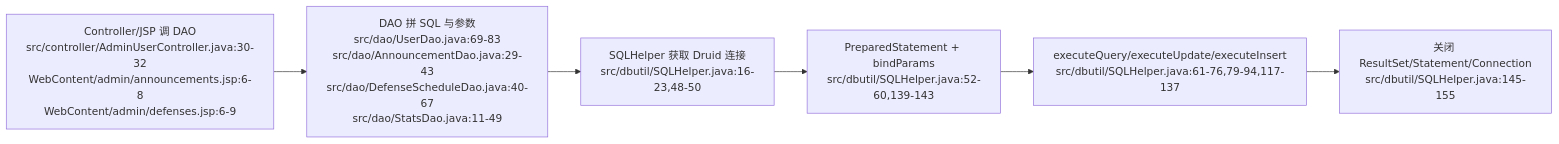
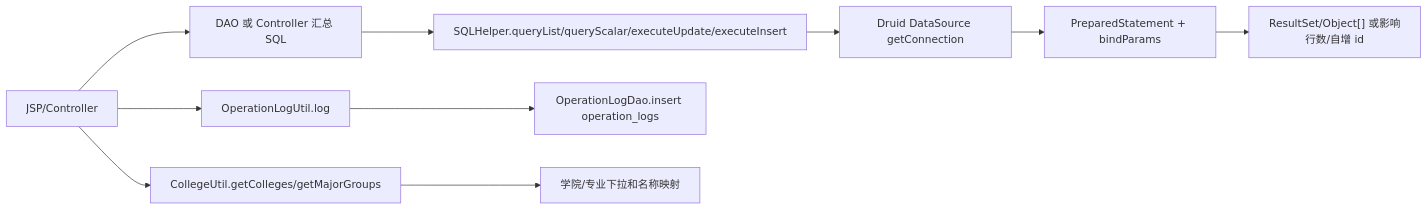
One commit to guangxiangdebizi/graduation-design-management-system changed the tenth of 10 diagrams in docs/网络数据流详解/parts/04-admin-flows.md. Above: the diagram before and after it, drawn with Mermaid. The commit also changed other lines of this file and 8 other files, not shown here.

First line of the commit message:
refactor project documentation and enhance network data flow details

````diff
--- a/docs/网络数据流详解/parts/04-admin-flows.md
+++ b/docs/网络数据流详解/parts/04-admin-flows.md
@@ -408,8 +408,12 @@
 ```mermaid
 flowchart LR
-  A["Controller/JSP 调 DAO<br/>src/controller/AdminUserController.java:30-32<br/>WebContent/admin/announcements.jsp:6-8<br/>WebContent/admin/defenses.jsp:6-9"] --> B["DAO 拼 SQL 与参数<br/>src/dao/UserDao.java:69-83<br/>src/dao/AnnouncementDao.java:29-43<br/>src/dao/DefenseScheduleDao.java:40-67<br/>src/dao/StatsDao.java:11-49"]
-  B --> C["SQLHelper 获取 Druid 连接<br/>src/dbutil/SQLHelper.java:16-23,48-50"]
-  C --> D["PreparedStatement + bindParams<br/>src/dbutil/SQLHelper.java:52-60,139-143"]
-  D --> E["executeQuery/executeUpdate/executeInsert<br/>src/dbutil/SQLHelper.java:61-76,79-94,117-137"]
-  E --> F["关闭 ResultSet/Statement/Connection<br/>src/dbutil/SQLHelper.java:145-155"]
+  A["JSP/Controller"] --> B["DAO 或 Controller 汇总 SQL"]
+  B --> C["SQLHelper.queryList/queryScalar/executeUpdate/executeInsert"]
+  C --> D["Druid DataSource getConnection"]
+  D --> E["PreparedStatement + bindParams"]
+  E --> F["ResultSet/Object[] 或影响行数/自增 id"]
+  A --> G["OperationLogUtil.log"]
+  G --> H["OperationLogDao.insert operation_logs"]
+  A --> I["CollegeUtil.getColleges/getMajorGroups"]
+  I --> J["学院/专业下拉和名称映射"]
 ```
````
